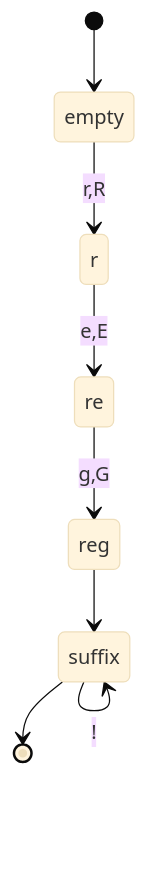
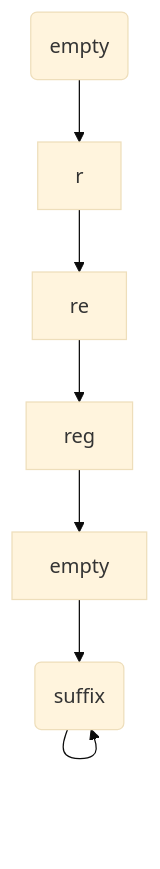
One commit to raganwald/raganwald.github.com changed diagram 16 of 32 in _posts/2019-09-21-recognizing-myself.md. Above: the diagram before and after it, drawn with Mermaid (base theme). The commit also changed other lines of this file and 5 other files, not shown here.

```diff
--- a/_posts/2019-09-21-recognizing-myself.md
+++ b/_posts/2019-09-21-recognizing-myself.md
@@ -965,10 +968,9 @@
 <div class="mermaid">
-  stateDiagram
-    [*]-->empty
-    empty-->r : r,R
-    r-->re : e,E
-    re-->reg : g,G
-    reg-->suffix
-    suffix-->suffix : !
-    suffix-->[*]
+  graph TD
+    empty(empty)-->r
+    r-->re
+    re-->reg
+    reg-->empty2[empty]
+    empty2-->suffix(suffix)
+    suffix-->suffix
 </div>
```
